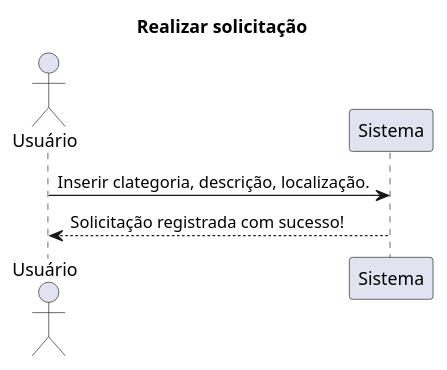
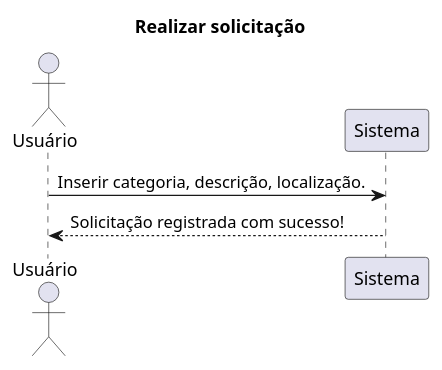
One commit to RenataArdito/Alerta-ADS changed the second of 4 diagrams in SequenceDiagram.md. Above: the diagram before and after it, drawn with PlantUML.

````diff
--- a/SequenceDiagram.md
+++ b/SequenceDiagram.md
@@ -22,14 +22,14 @@
 ```plantuml
 @startuml
 
 title Realizar solicitação
 
 actor "Usuário" as usr
 participant "Sistema" as sis
 
-usr -> sis: Inserir clategoria, descrição, localização.
+usr -> sis: Inserir categoria, descrição, localização.
 sis --> usr: Solicitação registrada com sucesso!
 
 
 @enduml
 ```
````
